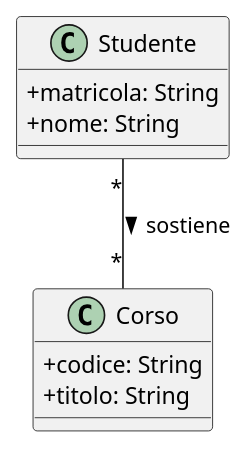
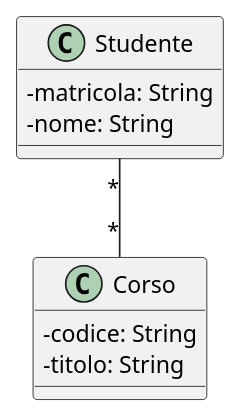
The diagram in puml/cap01_im01.puml (EmaRomano/AppuntiBasiDiDati1), drawn with PlantUML before and after one commit. The commit also changed 7 other files, not shown here.

Commit message:
sistemazione figure

```diff
--- a/puml/cap01_im01.puml
+++ b/puml/cap01_im01.puml
@@ -1,15 +1,15 @@
 @startuml cap01_im01
 skinparam classAttributeIconSize 0
 
 class Studente {
-    + matricola: String
-    + nome: String
+    - matricola: String
+    -nome: String
 }
 
 class Corso {
-    + codice: String
-    + titolo: String
+    - codice: String
+    - titolo: String
 }
 
-Studente "*" -- "*" Corso : sostiene >
+Studente "*" -- "*" Corso 
 @enduml
```
